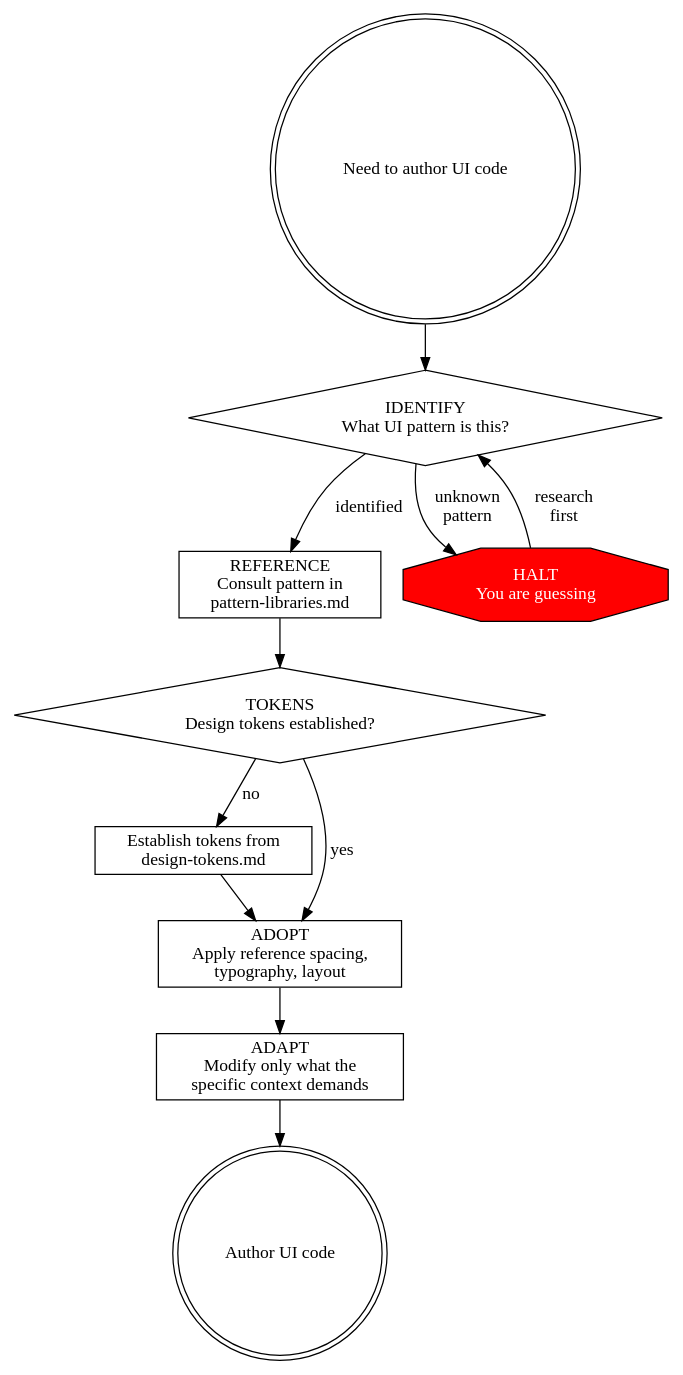
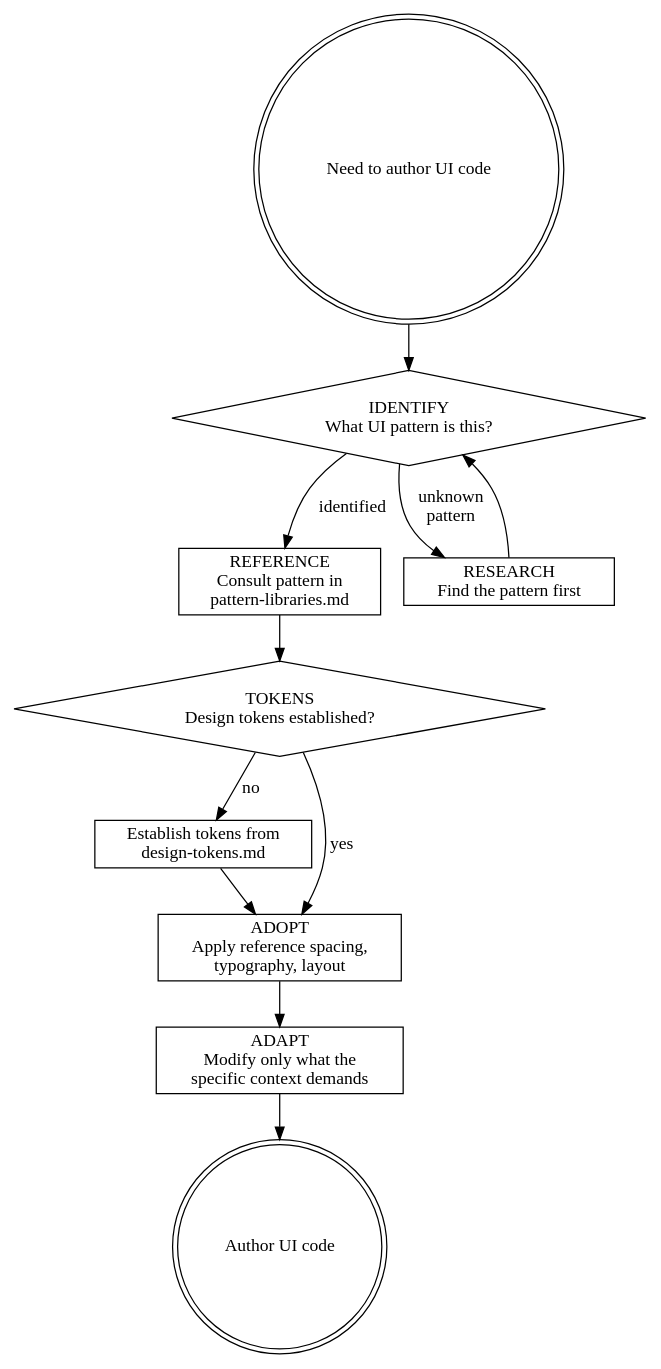
Before and after one commit to themattkeenan/ascension: the diagram in skills/ux-patterns/SKILL.md, drawn with Graphviz. The commit also changed other lines of this file and 5 other files, not shown here.

````diff
--- a/skills/ux-patterns/SKILL.md
+++ b/skills/ux-patterns/SKILL.md
@@ -49,25 +24,25 @@
 ```dot
 digraph entry_protocol {
     rankdir=TB;
     start [label="Need to author UI code", shape=doublecircle];
     identify [label="IDENTIFY\nWhat UI pattern is this?", shape=diamond];
     reference [label="REFERENCE\nConsult pattern in\npattern-libraries.md", shape=box];
     tokens [label="TOKENS\nDesign tokens established?", shape=diamond];
     define_tokens [label="Establish tokens from\ndesign-tokens.md", shape=box];
     adopt [label="ADOPT\nApply reference spacing,\ntypography, layout", shape=box];
     adapt [label="ADAPT\nModify only what the\nspecific context demands", shape=box];
     write [label="Author UI code", shape=doublecircle];
-    halt [label="HALT\nYou are guessing", shape=octagon, style=filled, fillcolor=red, fontcolor=white];
+    research [label="RESEARCH\nFind the pattern first", shape=box];
 
     start -> identify;
     identify -> reference [label="identified"];
-    identify -> halt [label="unknown\npattern"];
+    identify -> research [label="unknown\npattern"];
     reference -> tokens;
     tokens -> adopt [label="yes"];
     tokens -> define_tokens [label="no"];
     define_tokens -> adopt;
     adopt -> adapt;
     adapt -> write;
-    halt -> identify [label="research\nfirst"];
+    research -> identify;
 }
 ```
````
